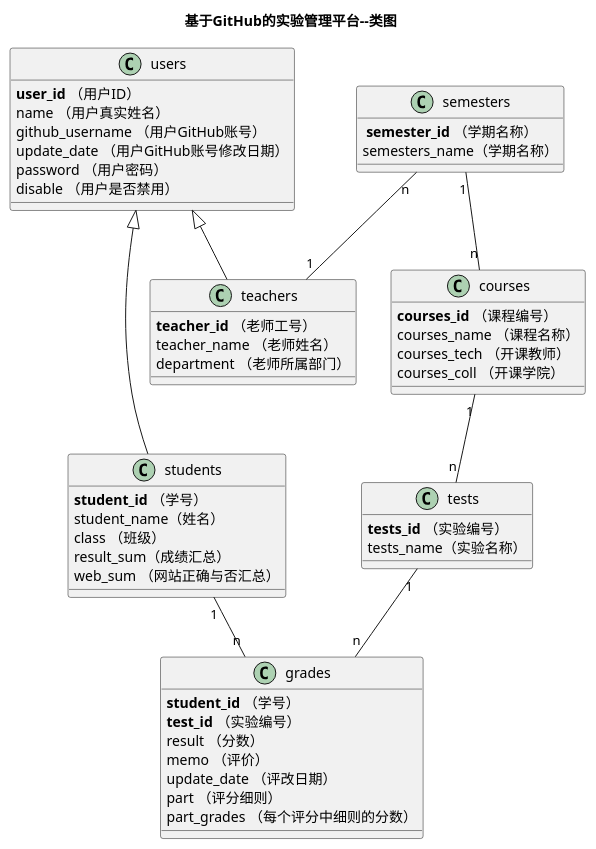
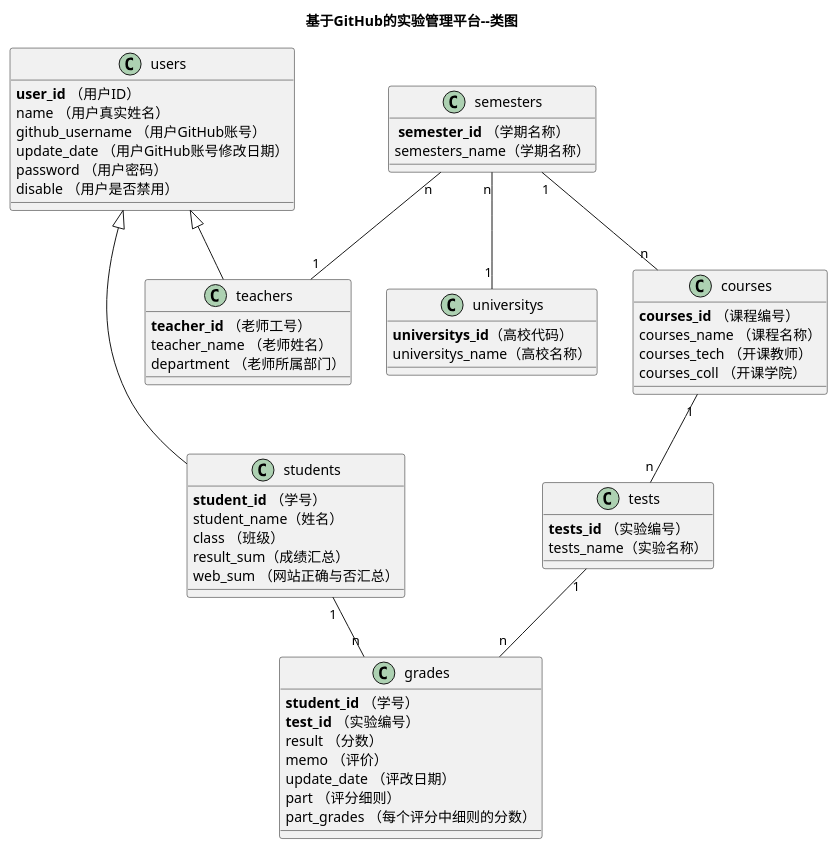
Before and after one commit to yangshuangyou/is_analysis: the diagram in test6/class.puml, drawn with PlantUML. The commit also changed 4 other files, not shown here.

```diff
--- a/test6/class.puml
+++ b/test6/class.puml
@@ -1,55 +1,61 @@
 @startuml
 title 基于GitHub的实验管理平台--类图
+class universitys{
+    <b>universitys_id</b>（高校代码）
+     universitys_name（高校名称）
+    }
 class users {
     <b>user_id</b> （用户ID）
     name （用户真实姓名）
     github_username （用户GitHub账号）
     update_date （用户GitHub账号修改日期）
     password （用户密码）
     disable （用户是否禁用）
 }
 class teachers{
     <b>teacher_id</b> （老师工号）
     teacher_name （老师姓名）
     department （老师所属部门）
 }
 class students{
     <b>student_id</b> （学号）
      student_name（姓名）
     class （班级）
     result_sum（成绩汇总）
     web_sum （网站正确与否汇总）
 }
 users <|- students
 users <|-- teachers
 class grades {
     <b>student_id</b> （学号）
     <b>test_id</b> （实验编号）
     result （分数）
     memo （评价）
     update_date （评改日期）
     part （评分细则）
     part_grades （每个评分中细则的分数）
 }
 class tests{
     <b>tests_id</b> （实验编号）
        tests_name（实验名称）
 }
 class courses{
     <b>courses_id</b> （课程编号）
        courses_name （课程名称）
        courses_tech （开课教师）
        courses_coll （开课学院）
 }
 class semesters {
        <b> semester_id</b> （学期名称）
         semesters_name（学期名称）
 
 }
 semesters "n"-- "1" teachers
+semesters"n"--"1"universitys
 students "1" -- "n"  grades
 tests "1" -- "n"  grades
 courses "1"-- "n"tests
 semesters "1"-- "n" courses
 
+
 @enduml
```
